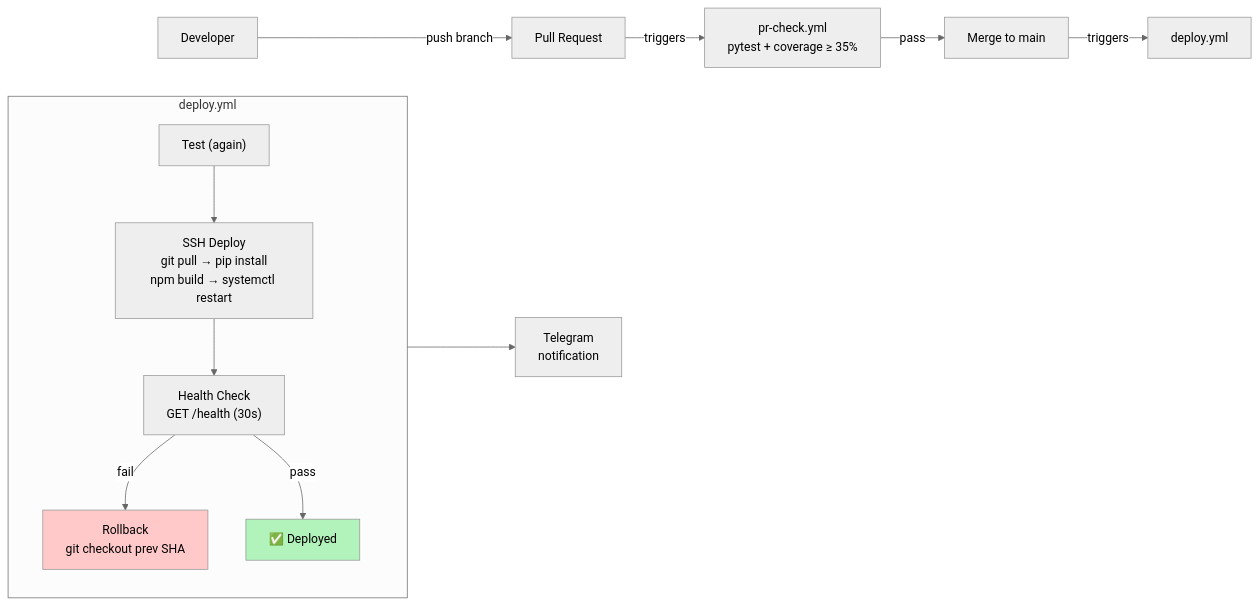
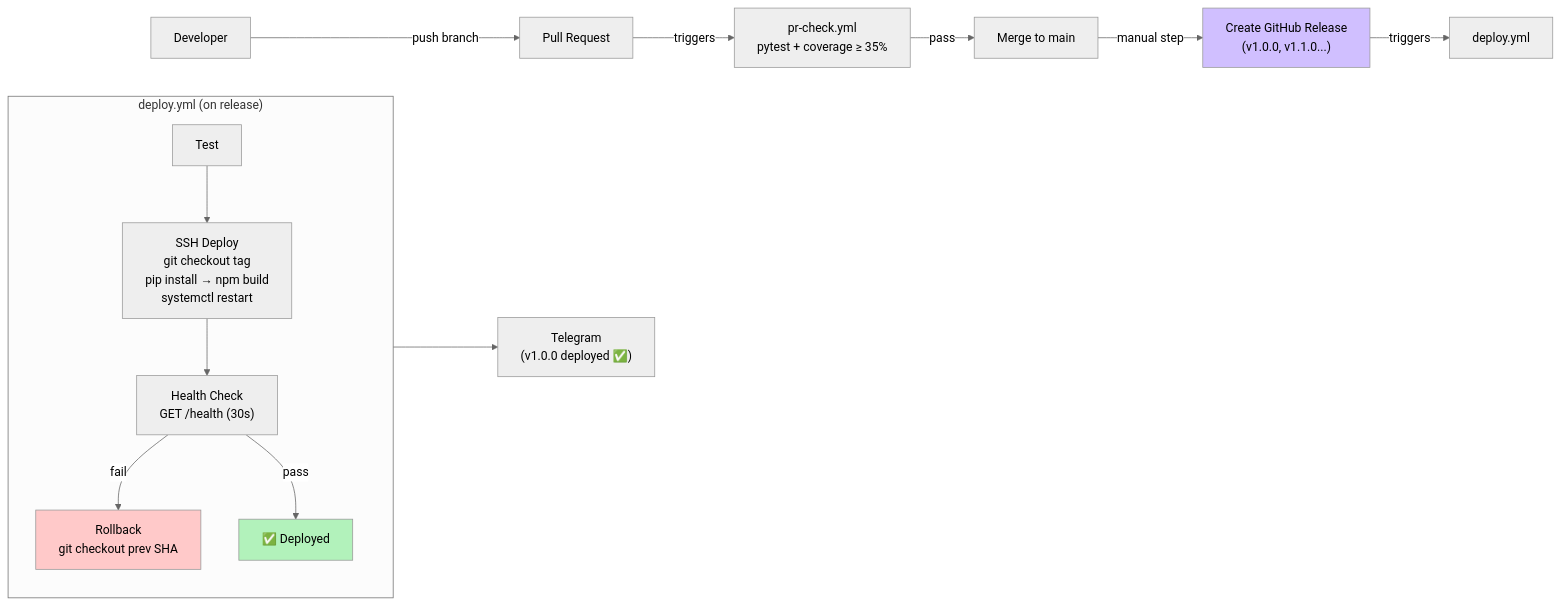
The fourth of 5 diagrams in docs/system/ARCHITECTURE.md (kapilll/notas_lave), drawn with Mermaid (neutral theme) before and after one commit. The commit also changed other lines of this file and 18 other files, not shown here.

````diff
--- a/docs/system/ARCHITECTURE.md
+++ b/docs/system/ARCHITECTURE.md
@@ -197,21 +207,21 @@
 ```mermaid
 graph LR
     Dev["Developer"] -->|push branch| PR["Pull Request"]
     PR -->|triggers| Check["pr-check.yml<br/>pytest + coverage ≥ 35%"]
     Check -->|pass| Merge["Merge to main"]
-    Merge -->|triggers| Deploy["deploy.yml"]
+    Merge -->|"manual step"| Release["Create GitHub Release<br/>(v1.0.0, v1.1.0...)"]
+    Release -->|triggers| Deploy["deploy.yml"]
 
-    subgraph Deploy_["deploy.yml"]
-        Test2["Test (again)"] --> SSH["SSH Deploy<br/>git pull → pip install<br/>npm build → systemctl restart"]
+    subgraph Deploy_["deploy.yml (on release)"]
+        Test2["Test"] --> SSH["SSH Deploy<br/>git checkout tag<br/>pip install → npm build<br/>systemctl restart"]
         SSH --> Health["Health Check<br/>GET /health (30s)"]
         Health -->|fail| Rollback["Rollback<br/>git checkout prev SHA"]
         Health -->|pass| Done["✅ Deployed"]
     end
 
-    Deploy_ --> Notify["Telegram<br/>notification"]
+    Deploy_ --> Notify["Telegram<br/>(v1.0.0 deployed ✅)"]
 
     style Rollback fill:#ffc9c9
     style Done fill:#b2f2bb
-
-    %% TODO: Change trigger from push-to-main to GitHub Release
+    style Release fill:#d0bfff
 ```
````
